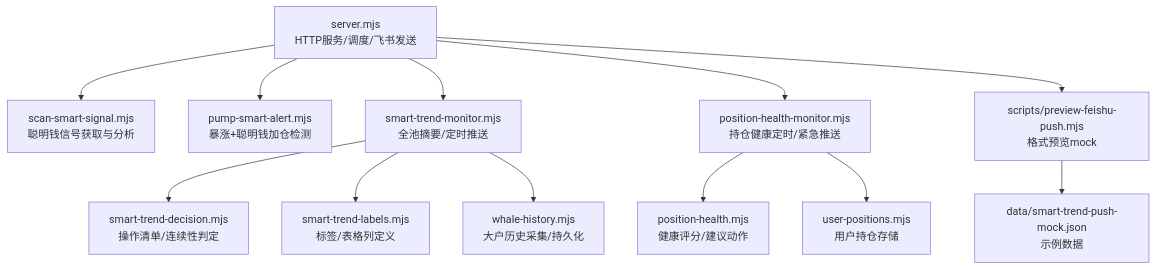
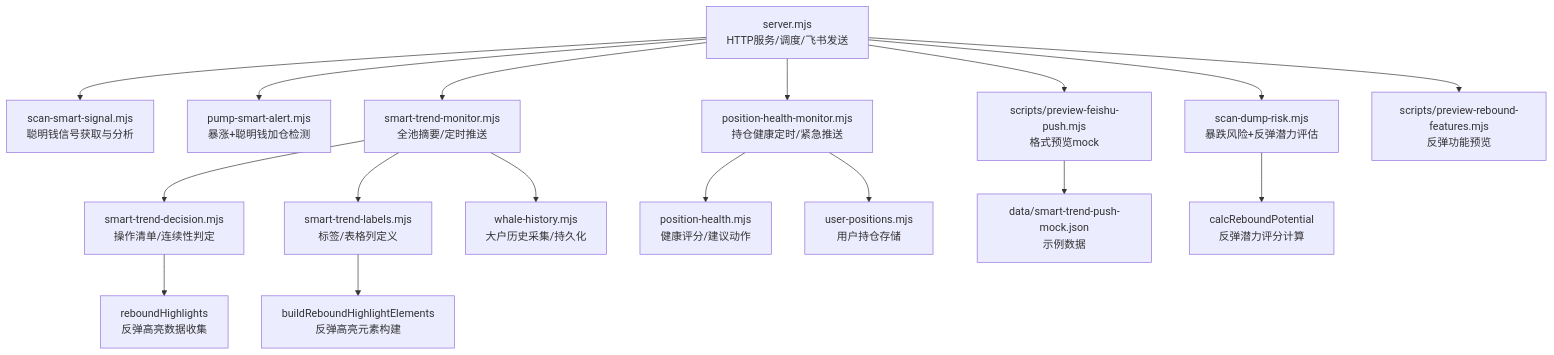
Before and after one commit to kekexilinan/BinaceSmart: the first of 10 diagrams in .qoder/repowiki/zh/content/Web监控面板/报警通知系统.md, drawn with Mermaid. The commit also changed other lines of this file and 59 other files, not shown here.

````diff
--- a/.qoder/repowiki/zh/content/Web监控面板/报警通知系统.md
+++ b/.qoder/repowiki/zh/content/Web监控面板/报警通知系统.md
@@ -45,14 +56,19 @@
 ```mermaid
 graph TB
 A["server.mjs<br/>HTTP服务/调度/飞书发送"] --> B["scan-smart-signal.mjs<br/>聪明钱信号获取与分析"]
 A --> C["pump-smart-alert.mjs<br/>暴涨+聪明钱加仓检测"]
 A --> D["smart-trend-monitor.mjs<br/>全池摘要/定时推送"]
 D --> E["smart-trend-decision.mjs<br/>操作清单/连续性判定"]
 D --> F["smart-trend-labels.mjs<br/>标签/表格列定义"]
 D --> G["whale-history.mjs<br/>大户历史采集/持久化"]
 A --> H["position-health-monitor.mjs<br/>持仓健康定时/紧急推送"]
 H --> I["position-health.mjs<br/>健康评分/建议动作"]
 H --> J["user-positions.mjs<br/>用户持仓存储"]
-A --> K["scripts/preview-feishu-push.mjs<br/>格式预览mock"]
-K --> L["data/smart-trend-push-mock.json<br/>示例数据"]
+A --> K["scan-dump-risk.mjs<br/>暴跌风险+反弹潜力评估"]
+A --> L["scripts/preview-feishu-push.mjs<br/>格式预览mock"]
+A --> M["scripts/preview-rebound-features.mjs<br/>反弹功能预览"]
+L --> N["data/smart-trend-push-mock.json<br/>示例数据"]
+K --> O["calcReboundPotential<br/>反弹潜力评分计算"]
+E --> P["reboundHighlights<br/>反弹高亮数据收集"]
+F --> Q["buildReboundHighlightElements<br/>反弹高亮元素构建"]
 ```
````
